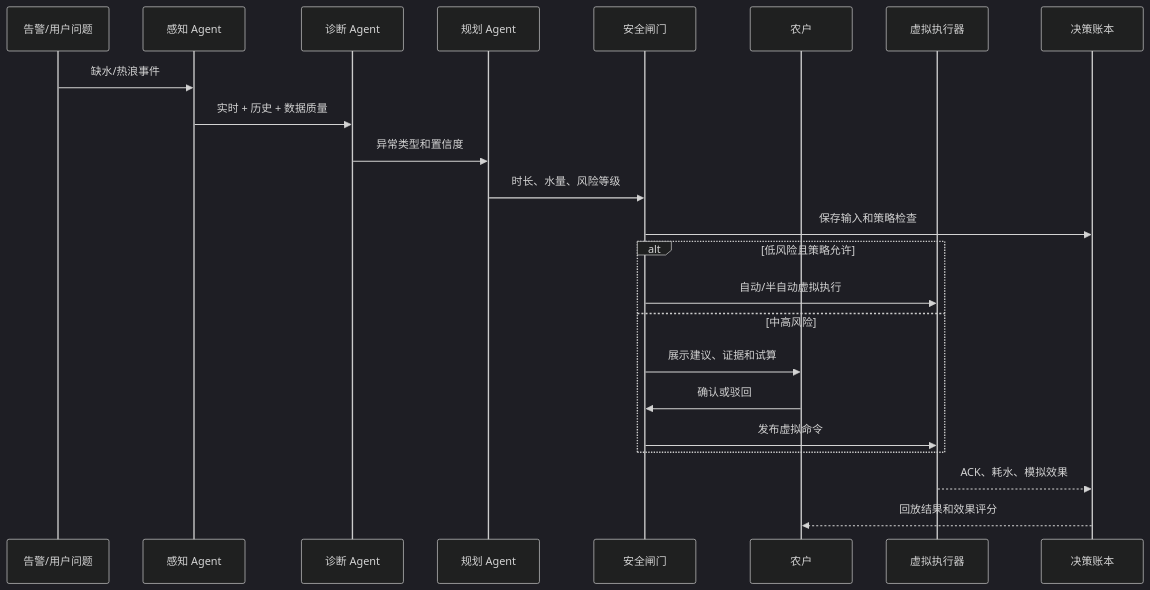
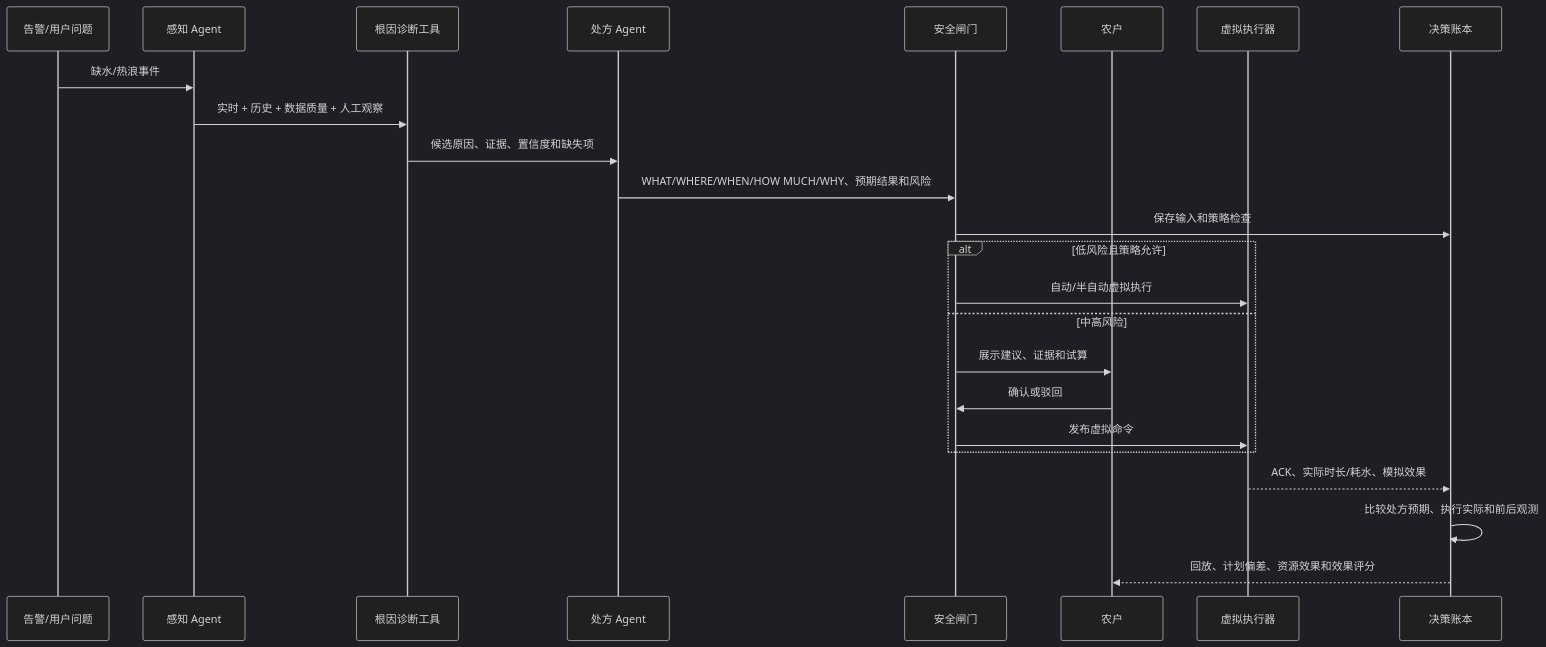
One commit to FlowerNeverFade/smart-agriculture changed the fifth of 7 diagrams in 04_智慧农业_大致路线与流程.md. Above: the diagram before and after it, drawn with Mermaid (dark theme). The commit also changed other lines of this file and 6 other files, not shown here.

````diff
--- a/04_智慧农业_大致路线与流程.md
+++ b/04_智慧农业_大致路线与流程.md
@@ -106,25 +159,26 @@
 ```mermaid
 sequenceDiagram
     participant E as 告警/用户问题
     participant P as 感知 Agent
-    participant D as 诊断 Agent
-    participant W as 规划 Agent
+    participant D as 根因诊断工具
+    participant W as 处方 Agent
     participant G as 安全闸门
     participant U as 农户
     participant V as 虚拟执行器
     participant L as 决策账本
     E->>P: 缺水/热浪事件
-    P->>D: 实时 + 历史 + 数据质量
-    D->>W: 异常类型和置信度
-    W->>G: 时长、水量、风险等级
+    P->>D: 实时 + 历史 + 数据质量 + 人工观察
+    D->>W: 候选原因、证据、置信度和缺失项
+    W->>G: WHAT/WHERE/WHEN/HOW MUCH/WHY、预期结果和风险
     G->>L: 保存输入和策略检查
     alt 低风险且策略允许
       G->>V: 自动/半自动虚拟执行
     else 中高风险
       G->>U: 展示建议、证据和试算
       U->>G: 确认或驳回
       G->>V: 发布虚拟命令
     end
-    V-->>L: ACK、耗水、模拟效果
-    L-->>U: 回放结果和效果评分
+    V-->>L: ACK、实际时长/耗水、模拟效果
+    L->>L: 比较处方预期、执行实际和前后观测
+    L-->>U: 回放、计划偏差、资源效果和效果评分
 ```
````
